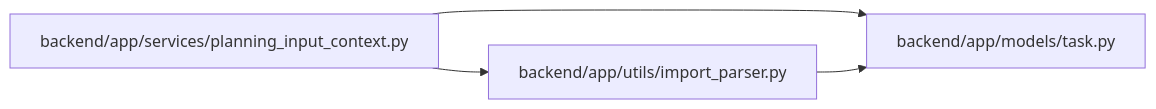
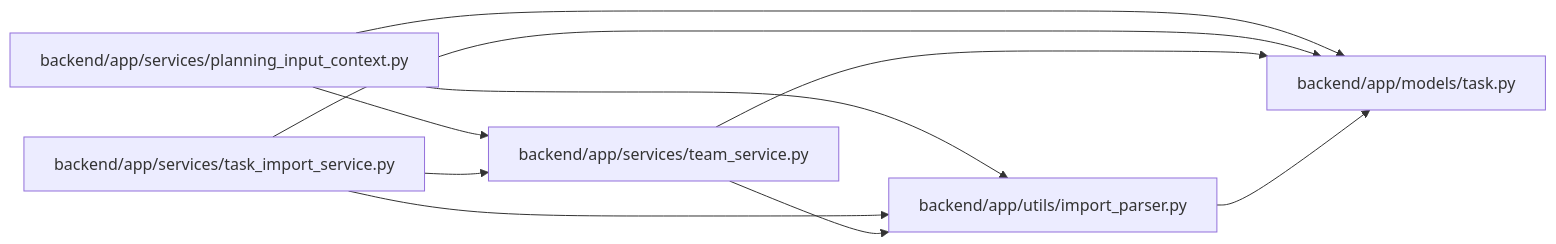
The diagram in docs/llm_wiki/modules/import_parser.md (Denissvgn/WorkChord), drawn with Mermaid before and after one commit. The commit also changed other lines of this file and 25171 other files, not shown here.

````diff
--- a/docs/llm_wiki/modules/import_parser.md
+++ b/docs/llm_wiki/modules/import_parser.md
@@ -21,12 +21,22 @@
 ```mermaid
 flowchart LR
     n0["backend/app/models/task.py"]
     n1["backend/app/services/planning_input_context.py"]
-    n2["backend/app/utils/import_parser.py"]
+    n2["backend/app/services/task_import_service.py"]
+    n3["backend/app/services/team_service.py"]
+    n4["backend/app/utils/import_parser.py"]
     n1 --> n0
-    n1 --> n2
+    n1 --> n3
+    n1 --> n4
     n2 --> n0
+    n2 --> n3
+    n2 --> n4
+    n3 --> n0
+    n3 --> n4
+    n4 --> n0
     click n0 "../modules/models_task.md"
     click n1 "../modules/planning_input_context.md"
-    click n2 "../modules/import_parser.md"
+    click n2 "../modules/task_import_service.md"
+    click n3 "../modules/team_service.md"
+    click n4 "../modules/import_parser.md"
 ```
````
